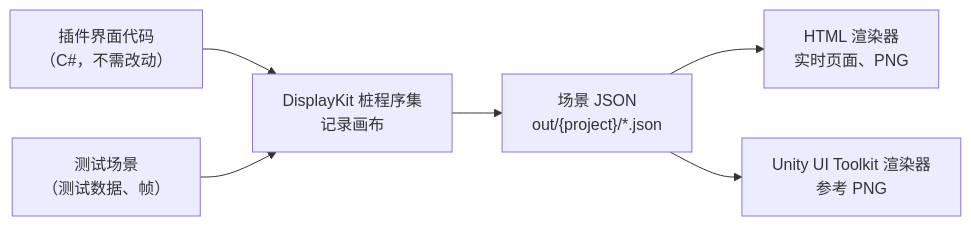
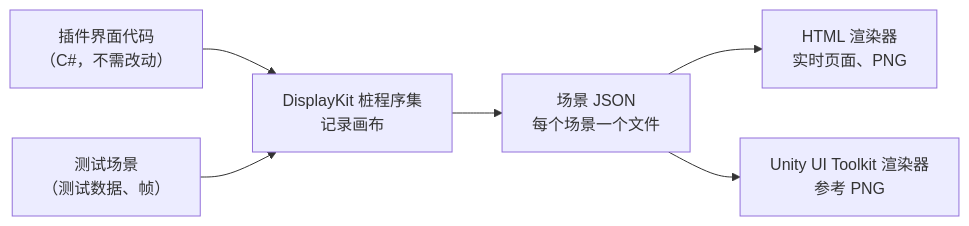
Before and after one commit to sl-plugins-cement/displaykit-preview: the diagram in README.zh-CN.md, drawn with Mermaid. The commit also changed 1 other file, not shown here.

Commit message:
Describe the scene files in the diagram in words

````diff
--- a/README.zh-CN.md
+++ b/README.zh-CN.md
@@ -12,8 +12,8 @@
 ```mermaid
 flowchart LR
     A["插件界面代码<br/>（C#，不需改动）"] --> B["DisplayKit 桩程序集<br/>记录画布"]
     S["测试场景<br/>（测试数据、帧）"] --> B
-    B --> J["场景 JSON<br/>out/{project}/*.json"]
+    B --> J["场景 JSON<br/>每个场景一个文件"]
     J --> H["HTML 渲染器<br/>实时页面、PNG"]
     J --> U["Unity UI Toolkit 渲染器<br/>参考 PNG"]
 ```
````
